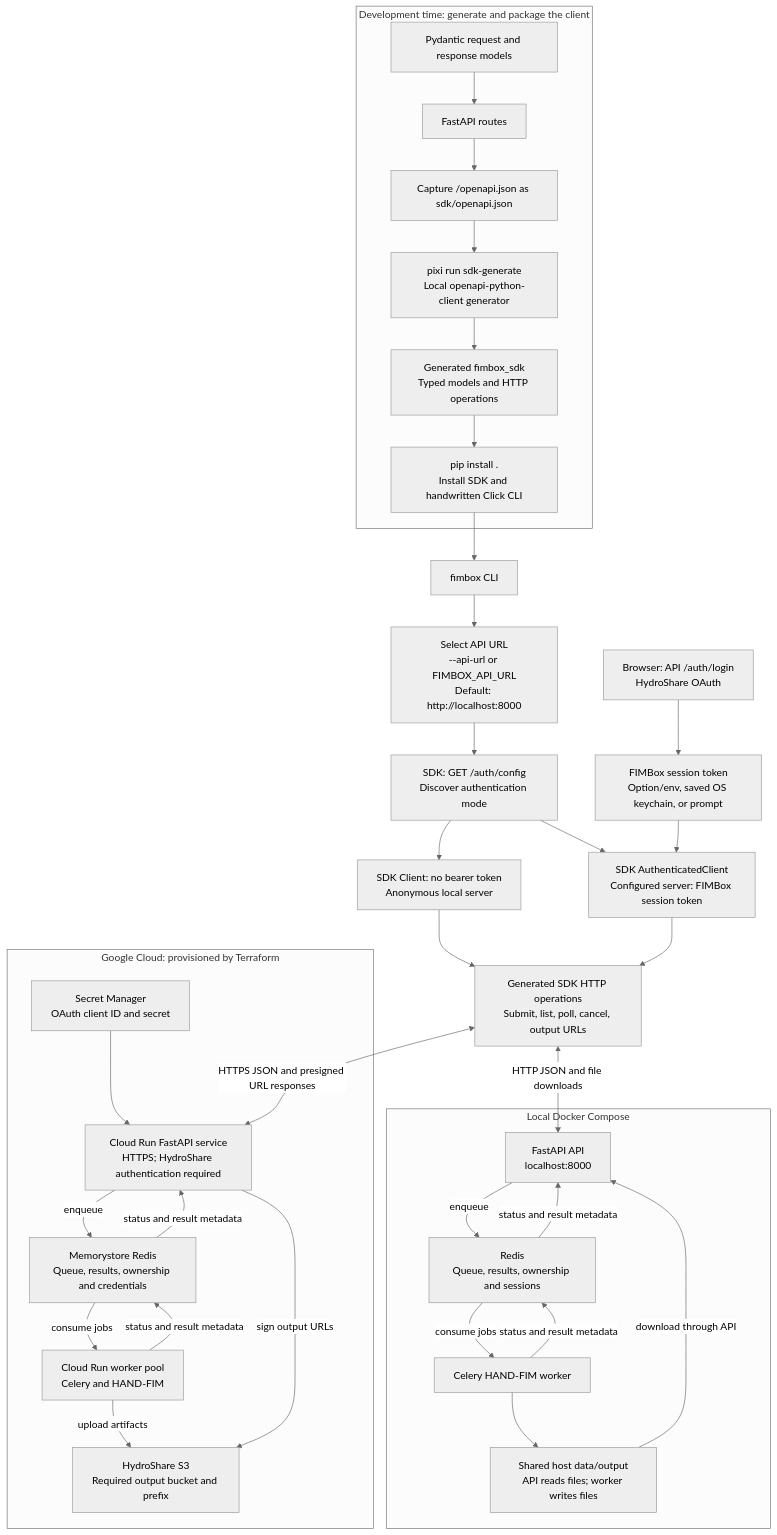
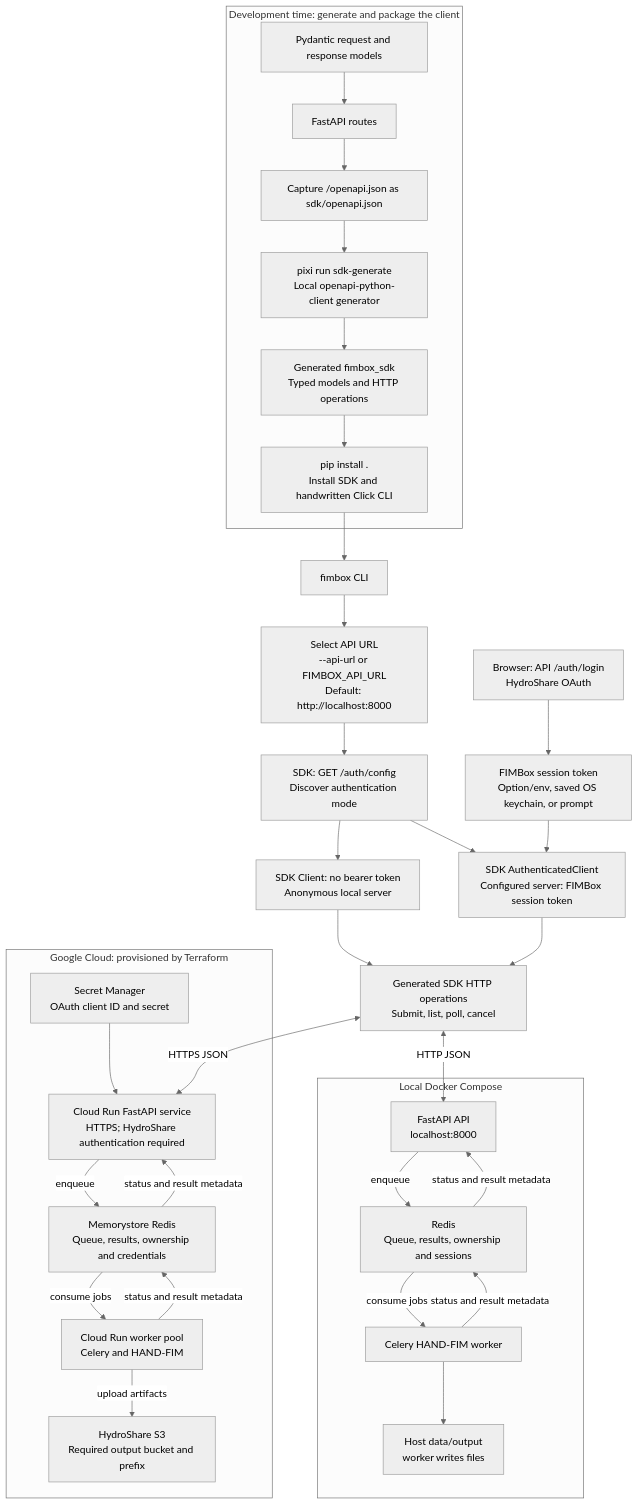
The diagram in readme.md (CUAHSI/FIMBox), drawn with Mermaid (neutral theme) before and after one commit. The commit also changed other lines of this file and 26 other files, not shown here.

````diff
--- a/readme.md
+++ b/readme.md
@@ -688,51 +633,49 @@
 ```mermaid
 flowchart TB
     subgraph Generation["Development time: generate and package the client"]
         Models["Pydantic request and response models"] --> Routes["FastAPI routes"]
         Routes --> Spec["Capture /openapi.json as sdk/openapi.json"]
         Spec --> Generator["pixi run sdk-generate<br/>Local openapi-python-client generator"]
         Generator --> SDK["Generated fimbox_sdk<br/>Typed models and HTTP operations"]
         SDK --> Package["pip install .<br/>Install SDK and handwritten Click CLI"]
     end
 
     Package --> CLI["fimbox CLI"]
     CLI --> Target["Select API URL<br/>--api-url or FIMBOX_API_URL<br/>Default: http://localhost:8000"]
     Target --> Discovery["SDK: GET /auth/config<br/>Discover authentication mode"]
     Discovery --> Client["SDK Client: no bearer token<br/>Anonymous local server"]
     Discovery --> AuthClient["SDK AuthenticatedClient<br/>Configured server: FIMBox session token"]
     Login["Browser: API /auth/login<br/>HydroShare OAuth"] --> Token["FIMBox session token<br/>Option/env, saved OS keychain, or prompt"]
     Token --> AuthClient
-    Client --> HTTP["Generated SDK HTTP operations<br/>Submit, list, poll, cancel, output URLs"]
+    Client --> HTTP["Generated SDK HTTP operations<br/>Submit, list, poll, cancel"]
     AuthClient --> HTTP
 
     subgraph Local["Local Docker Compose"]
         LocalAPI["FastAPI API<br/>localhost:8000"]
         Redis["Redis<br/>Queue, results, ownership and sessions"]
         Worker["Celery HAND-FIM worker"]
-        Mount["Shared host data/output<br/>API reads files; worker writes files"]
+        Mount["Host data/output<br/>worker writes files"]
         LocalAPI -->|enqueue| Redis
         Redis -->|consume jobs| Worker
         Worker -->|status and result metadata| Redis
         Redis -->|status and result metadata| LocalAPI
         Worker --> Mount
-        Mount -->|download through API| LocalAPI
     end
 
     subgraph Cloud["Google Cloud: provisioned by Terraform"]
         CloudAPI["Cloud Run FastAPI service<br/>HTTPS; HydroShare authentication required"]
         Memorystore["Memorystore Redis<br/>Queue, results, ownership and credentials"]
         CloudWorker["Cloud Run worker pool<br/>Celery and HAND-FIM"]
         Secrets["Secret Manager<br/>OAuth client ID and secret"]
         S3["HydroShare S3<br/>Required output bucket and prefix"]
         Secrets --> CloudAPI
         CloudAPI -->|enqueue| Memorystore
         Memorystore -->|consume jobs| CloudWorker
         CloudWorker -->|status and result metadata| Memorystore
         Memorystore -->|status and result metadata| CloudAPI
         CloudWorker -->|upload artifacts| S3
-        CloudAPI -->|sign output URLs| S3
     end
 
-    HTTP <-->|HTTP JSON and file downloads| LocalAPI
-    HTTP <-->|HTTPS JSON and presigned URL responses| CloudAPI
+    HTTP <-->|HTTP JSON| LocalAPI
+    HTTP <-->|HTTPS JSON| CloudAPI
 ```
````
